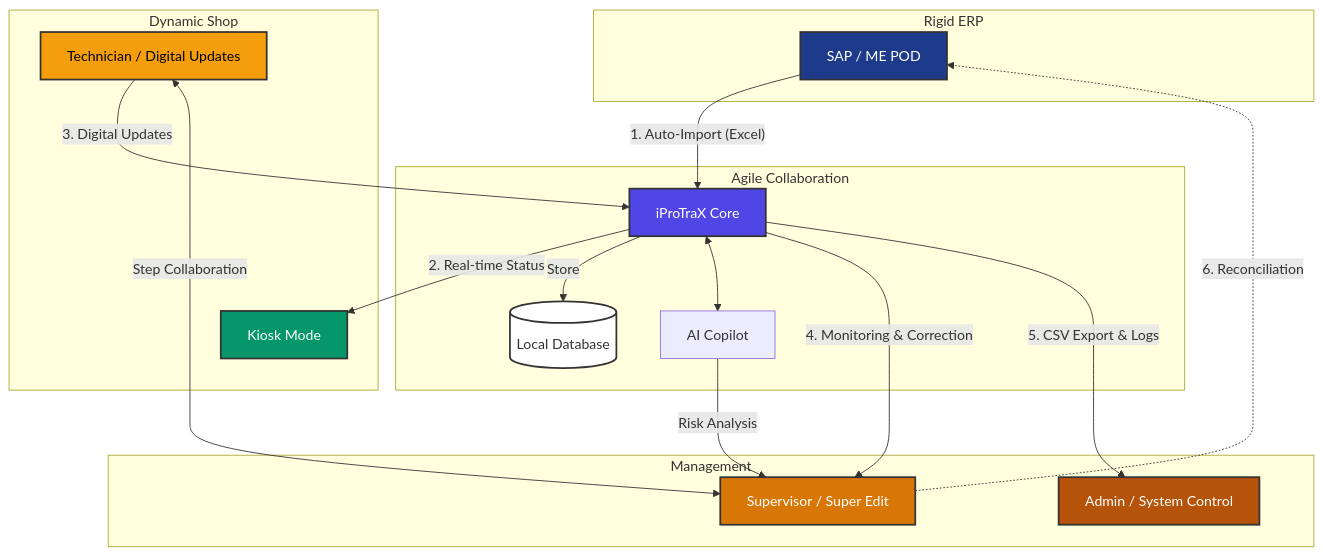
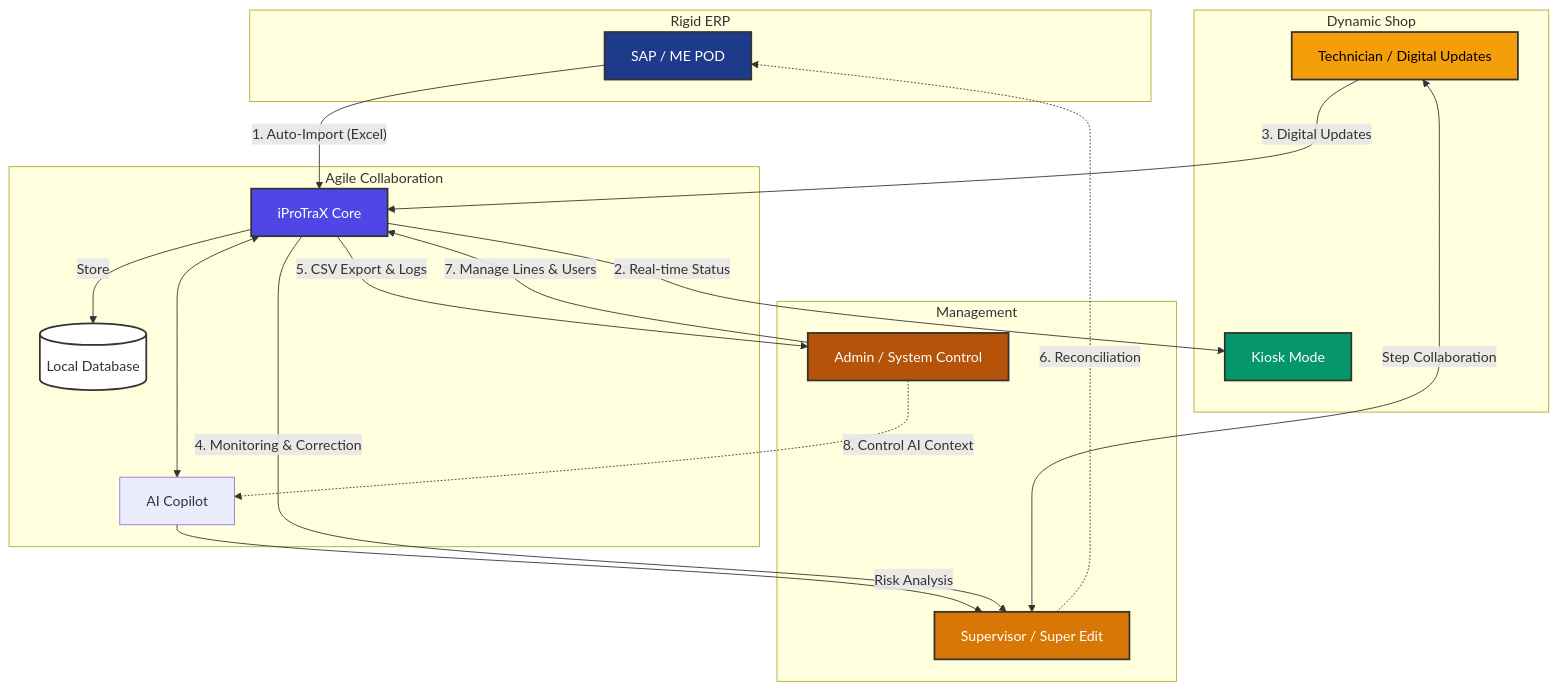
One commit to Tropical8818/ProTracker changed the diagram in README.md. Above: the diagram before and after it, drawn with Mermaid. The commit also changed 1 other file, not shown here.

Commit message:
docs: add admin capabilities (line setup, user control, AI control) to architecture diagram

````diff
--- a/README.md
+++ b/README.md
@@ -40,51 +40,53 @@
 ```mermaid
 graph TD
     subgraph RigidERP ["Rigid ERP"]
         SAP[SAP / ME POD]
     end
 
     subgraph DynamicShop ["Dynamic Shop"]
         Tech[Technician / Digital Updates]
         Kiosk[Kiosk Mode]
     end
 
     subgraph AgileCollaboration ["Agile Collaboration"]
         Core[iProTraX Core]
         DB[(Local Database)]
         AI[AI Copilot]
     end
 
     subgraph Management ["Management"]
         Supervisor[Supervisor / Super Edit]
         Admin[Admin / System Control]
     end
 
     %% Connections
     SAP -->|"1. Auto-Import (Excel)"| Core
     Core -->|"2. Real-time Status"| Kiosk
     Tech -->|"3. Digital Updates"| Core
     Core -->|"Store"| DB
     Core <--> AI
     AI -->|"Risk Analysis"| Supervisor
     Core -->|"4. Monitoring & Correction"| Supervisor
     Core -->|"5. CSV Export & Logs"| Admin
+    Admin -->|"7. Manage Lines & Users"| Core
+    Admin -.->|"8. Control AI Context"| AI
     Supervisor -.->|"6. Reconciliation"| SAP
     Tech <-->|"Step Collaboration"| Supervisor
 
     %% Styling
     classDef sap fill:#1e3a8a,stroke:#333,stroke-width:2px,color:white;
     classDef core fill:#4f46e5,stroke:#333,stroke-width:2px,color:white;
     classDef kiosk fill:#059669,stroke:#333,stroke-width:2px,color:white;
     classDef super fill:#d97706,stroke:#333,stroke-width:2px,color:white;
     classDef admin fill:#b45309,stroke:#333,stroke-width:2px,color:white;
     classDef db fill:#fff,stroke:#333,stroke-width:2px;
     classDef shop fill:#f59e0b,stroke:#333,stroke-width:2px,color:black;
 
     class SAP sap;
     class Core core;
     class Kiosk kiosk;
     class Supervisor super;
     class Admin admin;
     class DB db;
     class Tech shop;
 ```
````
